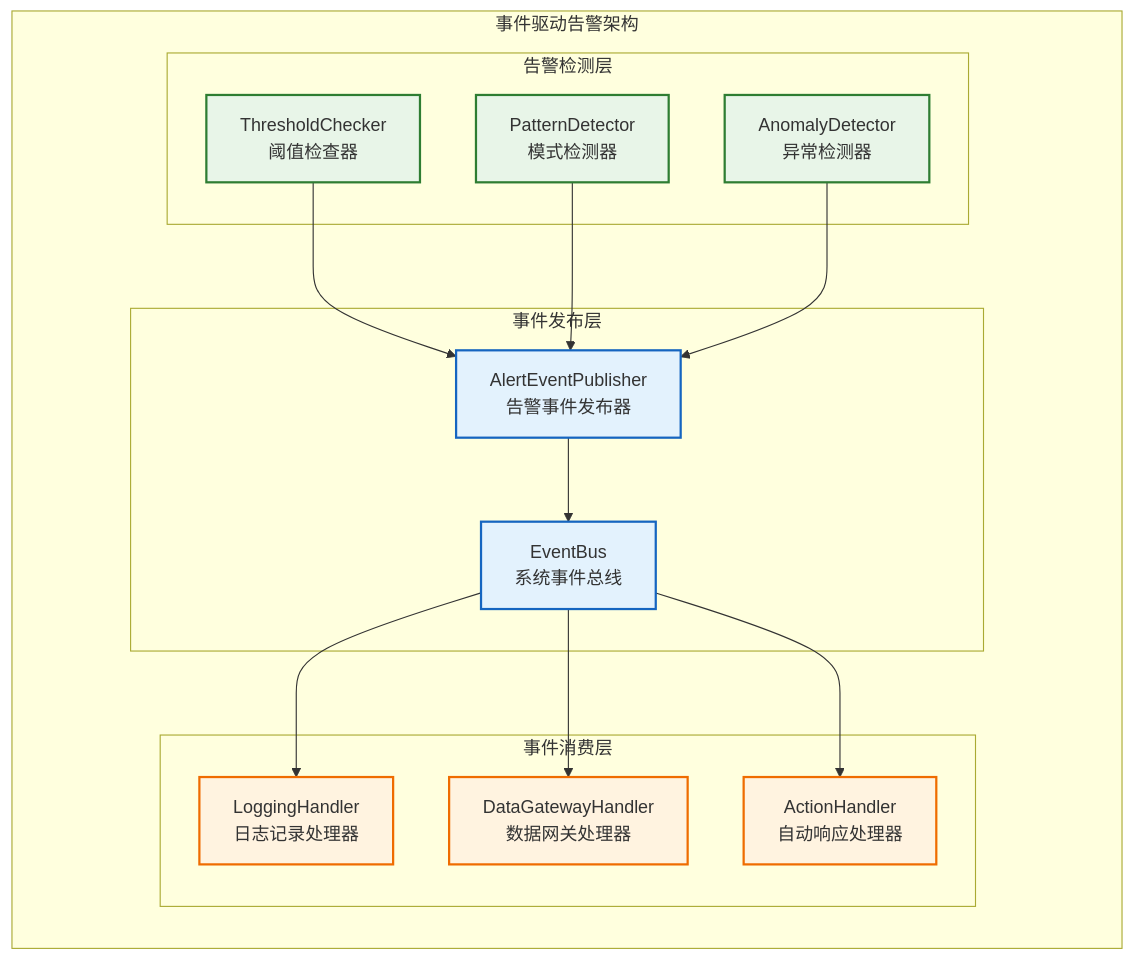
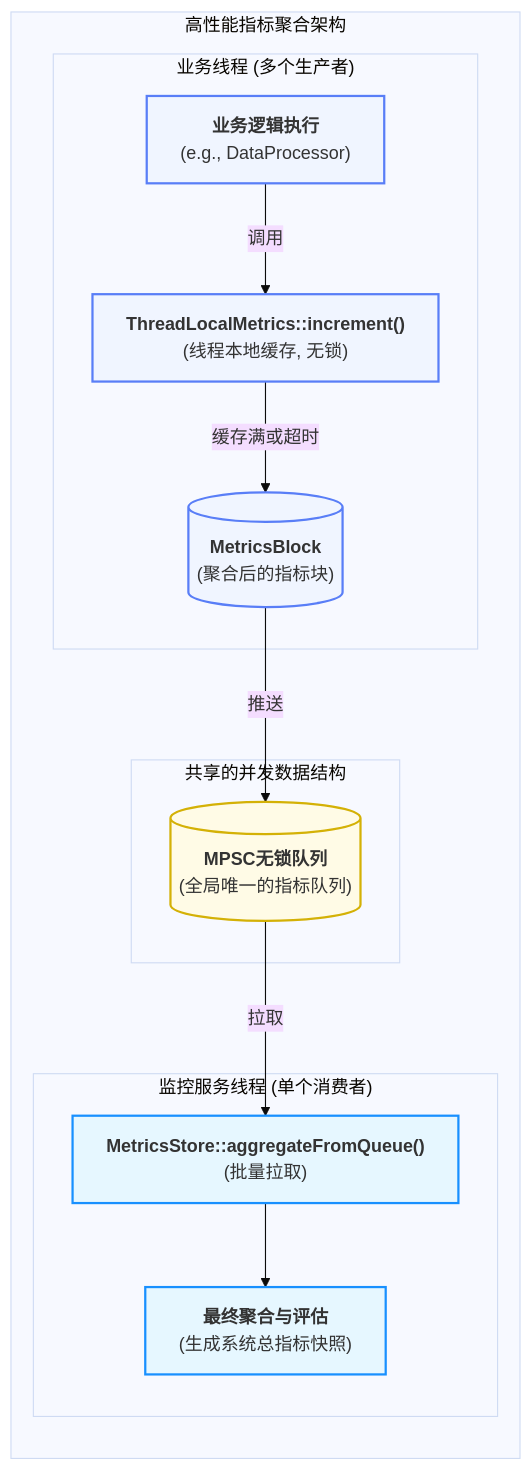
Before and after one commit to wendizhou99-cell/Radar: the sixth of 8 diagrams in docs/01_项目设计/02_模块设计/08_监控服务设计.md, drawn with Mermaid. The commit also changed other lines of this file and 26 other files, not shown here.

First line of the commit message:
docs: 完成数据架构文档系列重构和Mermaid可视化指南增强

````diff
--- a/docs/01_项目设计/02_模块设计/08_监控服务设计.md
+++ b/docs/01_项目设计/02_模块设计/08_监控服务设计.md
@@ -873,42 +345,44 @@
-```mermaid
-graph TB
-    subgraph "事件驱动告警架构"
-        direction TB
+    ```mermaid
+    ---
+      config:
+        theme: base
+        flowchart:
+          curve: basis
+    ---
+    graph TD
+        %% --- 图例 (上下文颜色语义) ---
+        %% 业务线程 (淡紫): 性能指标的生产者。
+        %% 监控线程 (浅蓝): 性能指标的唯一消费者。
+        %% 共享资源 (浅黄): 跨线程通信的核心数据结构。
 
-        subgraph "告警检测层"
-            THRESHOLD_CHECKER[ThresholdChecker<br/>阈值检查器]
-            PATTERN_DETECTOR[PatternDetector<br/>模式检测器]
-            ANOMALY_DETECTOR[AnomalyDetector<br/>异常检测器]
+        subgraph "高性能指标聚合架构"
+            direction TB
+
+            subgraph "业务线程 (多个生产者)"
+                A["<b>业务逻辑执行</b><br/>(e.g., DataProcessor)"] -- "调用" --> B["<b>ThreadLocalMetrics::increment()</b><br/>(线程本地缓存, 无锁)"]
+                B -- "缓存满或超时" --> C[("<b>MetricsBlock</b><br/>(聚合后的指标块)")]
+            end
+
+            subgraph "共享的并发数据结构"
+                D[("<b>MPSC无锁队列</b><br/>(全局唯一的指标队列)")]
+            end
+
+            subgraph "监控服务线程 (单个消费者)"
+                E["<b>MetricsStore::aggregateFromQueue()</b><br/>(批量拉取)"] --> F["<b>最终聚合与评估</b><br/>(生成系统总指标快照)"]
+            end
         end
 
-        subgraph "事件发布层"
-            ALERT_PUBLISHER[AlertEventPublisher<br/>告警事件发布器]
-            EVENT_BUS[EventBus<br/>系统事件总线]
-        end
+        %% --- 流程定义 ---
+        C -- "推送" --> D
+        D -- "拉取" --> E
 
-        subgraph "事件消费层"
-            LOG_HANDLER[LoggingHandler<br/>日志记录处理器]
-            GATEWAY_HANDLER[DataGatewayHandler<br/>数据网关处理器]
-            ACTION_HANDLER[ActionHandler<br/>自动响应处理器]
-        end
+        %% --- 标准 classDef 模板 ---
+        classDef role_D fill:#f0f5ff,stroke:#597ef7,stroke-width:2px
+        classDef role_A fill:#e6f7ff,stroke:#1890ff,stroke-width:2px
+        classDef role_C fill:#fffbe6,stroke:#d4b106,stroke-width:2px
 
-        %% 事件流
-        THRESHOLD_CHECKER --> ALERT_PUBLISHER
-        PATTERN_DETECTOR --> ALERT_PUBLISHER
-        ANOMALY_DETECTOR --> ALERT_PUBLISHER
-
-        ALERT_PUBLISHER --> EVENT_BUS
-
-        EVENT_BUS --> LOG_HANDLER
-        EVENT_BUS --> GATEWAY_HANDLER
-        EVENT_BUS --> ACTION_HANDLER
-    end
-
-    classDef detector fill:#e8f5e8,stroke:#2e7d32,stroke-width:2px
-    classDef publisher fill:#e3f2fd,stroke:#1565c0,stroke-width:2px
-    classDef handler fill:#fff3e0,stroke:#ef6c00,stroke-width:2px
-
-    class THRESHOLD_CHECKER,PATTERN_DETECTOR,ANOMALY_DETECTOR detector
-    class ALERT_PUBLISHER,EVENT_BUS publisher
-    class LOG_HANDLER,GATEWAY_HANDLER,ACTION_HANDLER handler
-```
+        %% --- 样式应用 ---
+        class A,B,C role_D
+        class E,F role_A
+        class D role_C
+    ```
````
